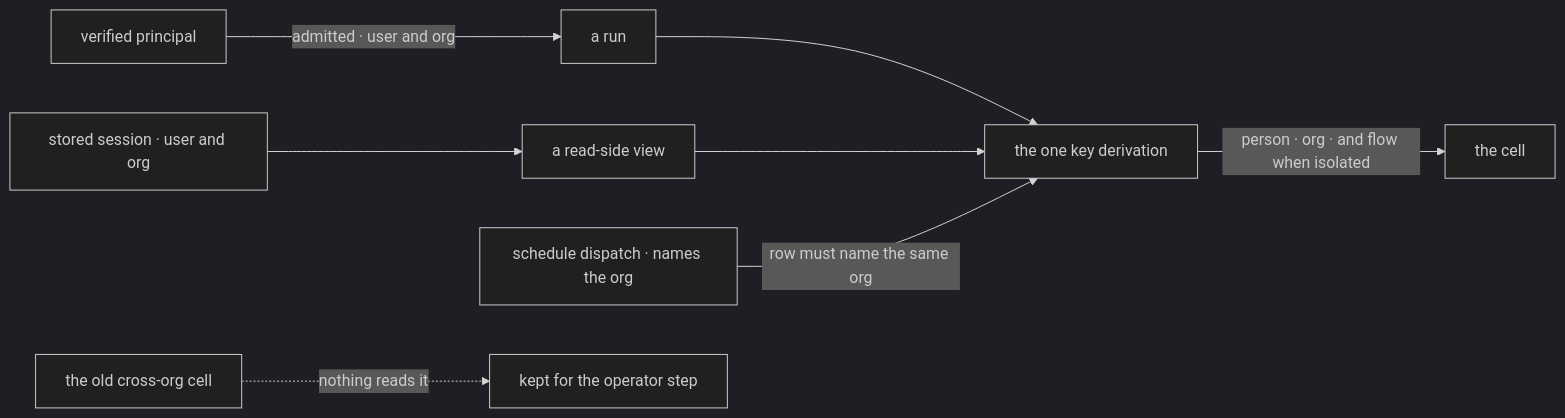
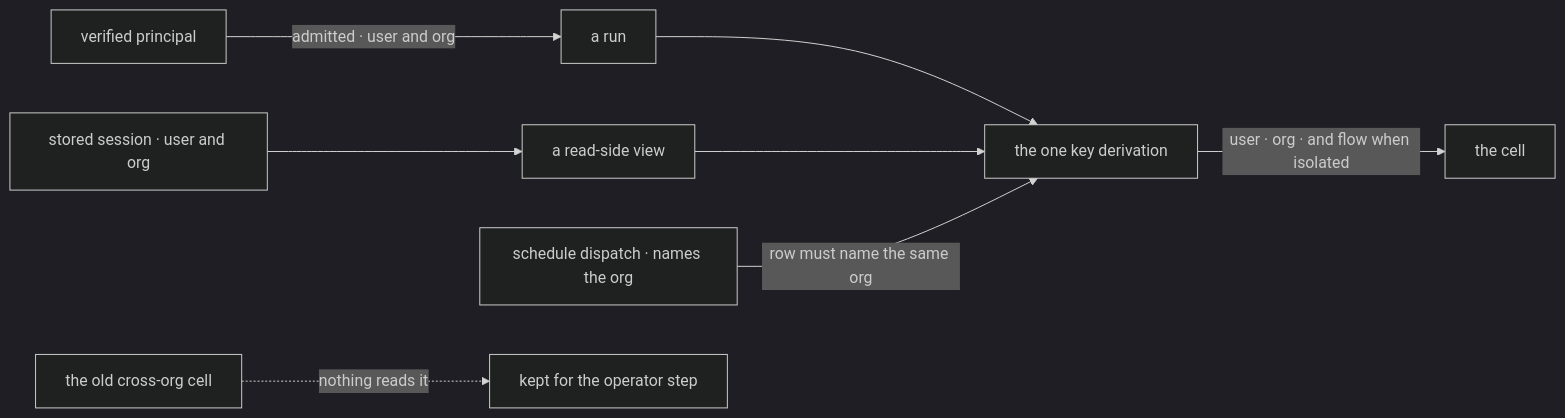
Before and after one commit to fixpoint-labs/flow-state-dev: the second of 2 diagrams in specs/issues/FIX-1790/SPEC.md, drawn with Mermaid (dark theme). The commit also changed other lines of this file and 9 other files, not shown here.

First line of the commit message:
docs(spec): FIX-1790 says "user" and "flow", not "person" and "kind"

````diff
--- a/specs/issues/FIX-1790/SPEC.md
+++ b/specs/issues/FIX-1790/SPEC.md
@@ -73,10 +73,10 @@
 ```mermaid
 flowchart LR
   P["verified principal"] -->|"admitted · user and org"| R["a run"]
   S["stored session · user and org"] --> V["a read-side view"]
   R --> K["the one key derivation"]
   V --> K
   T["schedule dispatch · names the org"] -->|"row must name the same org"| K
-  K -->|"person · org · and flow when isolated"| C["the cell"]
+  K -->|"user · org · and flow when isolated"| C["the cell"]
   O["the old cross-org cell"] -.->|"nothing reads it"| X["kept for the operator step"]
 ```
````
